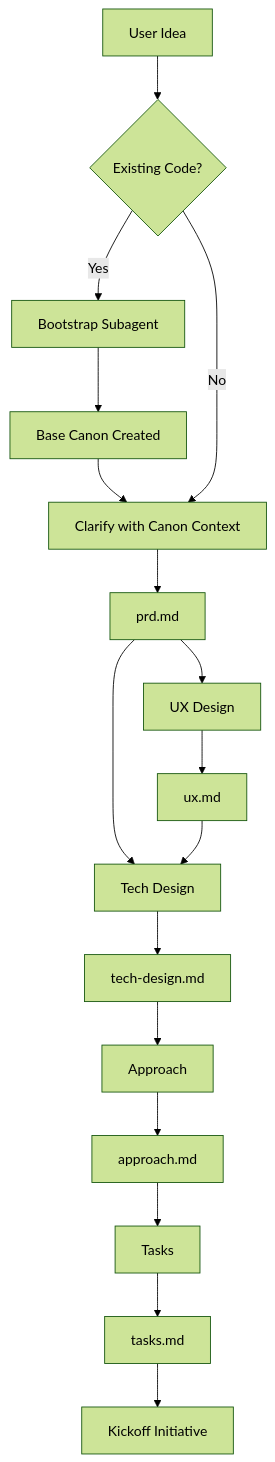
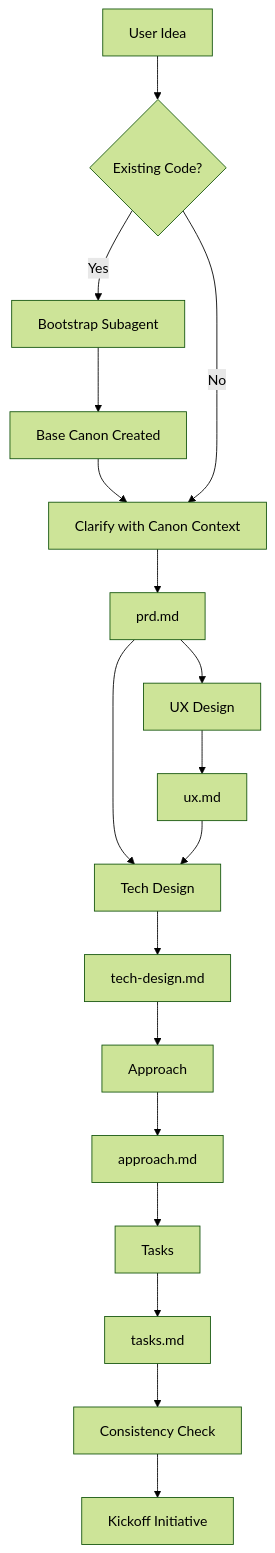
The diagram in src/cicadas/emergence/EMERGENCE.md (JacobSampson/cicadas), drawn with Mermaid (forest theme) before and after one commit. The commit also changed other lines of this file and 6 other files, not shown here.

First line of the commit message:
feat(emergence-consistency-check): add cross-phase consistency check subagent and fix PR question gap in lightweight paths

````diff
--- a/src/cicadas/emergence/EMERGENCE.md
+++ b/src/cicadas/emergence/EMERGENCE.md
@@ -52,19 +53,20 @@
 ```mermaid
 graph TD
     User[User Idea] --> Canon{Existing Code?}
     Canon -->|Yes| Bootstrap[Bootstrap Subagent]
     Bootstrap --> Canonized[Base Canon Created]
     Canonized --> Clarify[Clarify with Canon Context]
     Canon -->|No| Clarify
     Clarify --> PRD[prd.md]
     PRD --> UX[UX Design]
     UX --> UXD[ux.md]
     PRD --> Tech[Tech Design]
     UXD --> Tech
     Tech --> TD[tech-design.md]
     TD --> Approach
     Approach --> APP[approach.md]
     APP --> Tasks
     Tasks --> T[tasks.md]
-    T --> Kickoff[Kickoff Initiative]
+    T --> CC[Consistency Check]
+    CC --> Kickoff[Kickoff Initiative]
 ```
````
